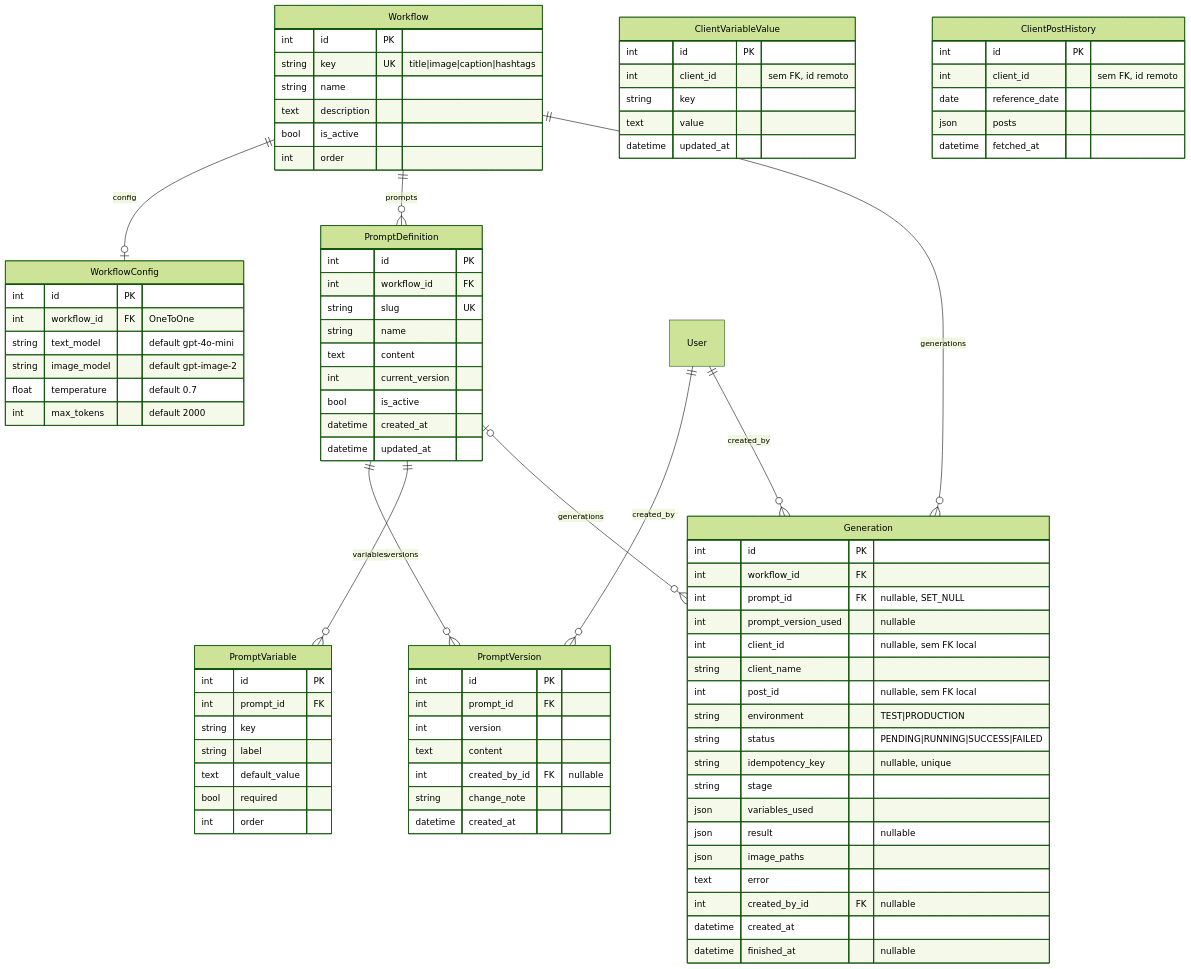
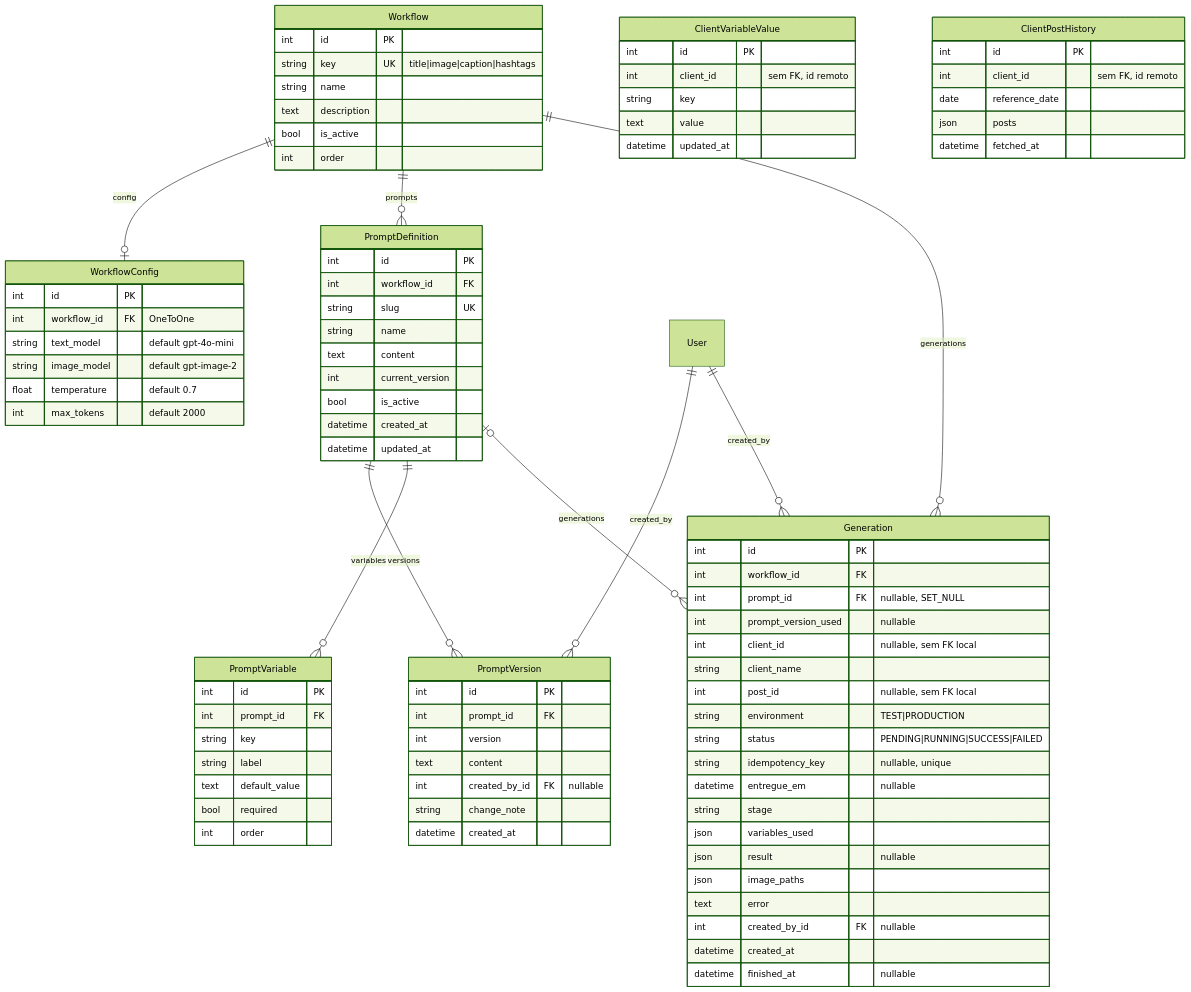
One commit to aliverso01/mintlify-docs changed the diagram in miggoai/modelo-de-dados.mdx. Above: the diagram before and after it, drawn with Mermaid (forest theme). The commit also changed other lines of this file and 3 other files, not shown here.

```diff
--- a/miggoai/modelo-de-dados.mdx
+++ b/miggoai/modelo-de-dados.mdx
@@ -79,6 +79,7 @@
         string environment "TEST|PRODUCTION"
         string status "PENDING|RUNNING|SUCCESS|FAILED"
         string idempotency_key "nullable, unique"
+        datetime entregue_em "nullable"
         string stage
         json variables_used
         json result "nullable"
```
